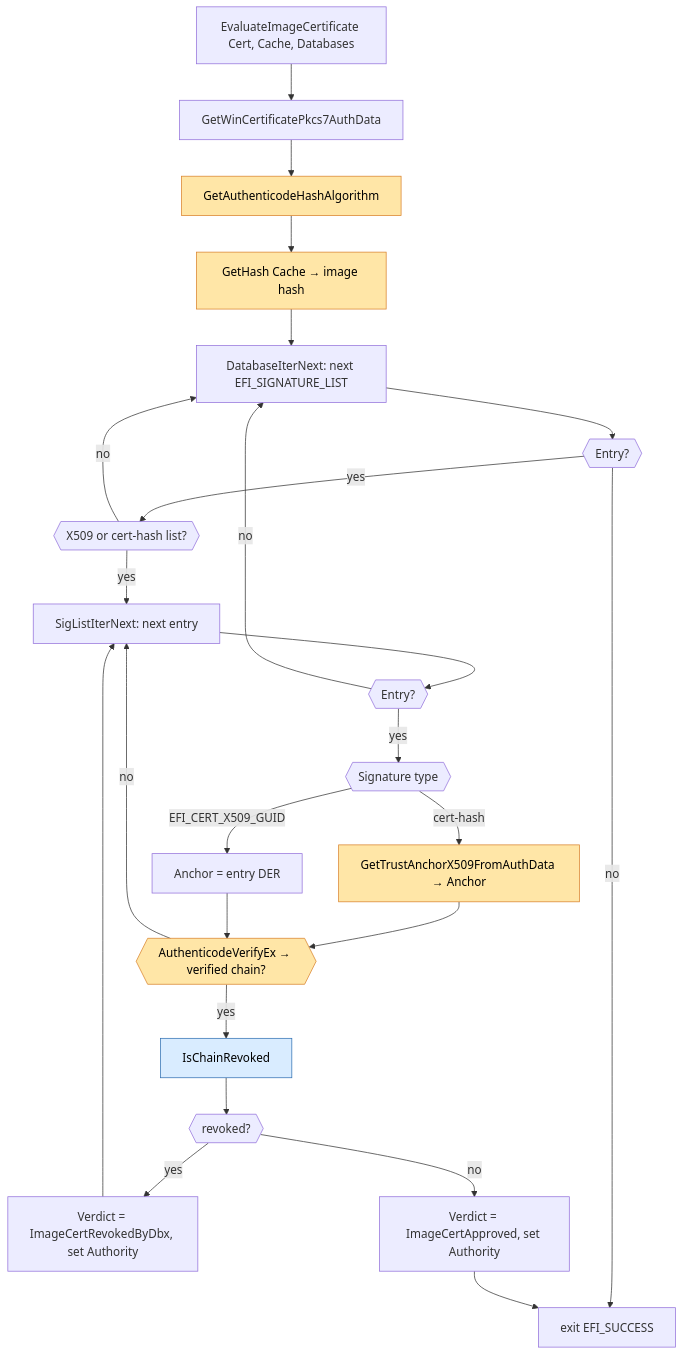
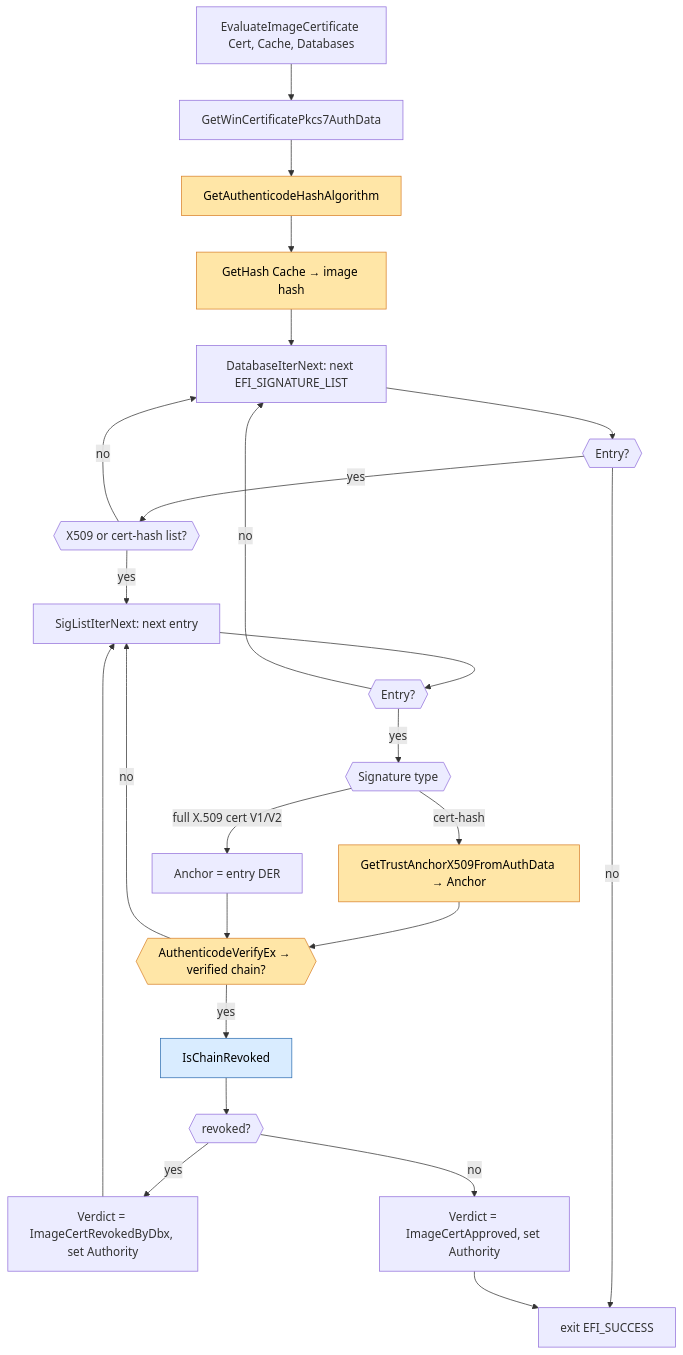
Before and after one commit to Javagedes/mu_basecore: the fourth of 5 diagrams in SecurityPkg/Library/DxeImageVerificationLib2/README.md, drawn with Mermaid. The commit also changed other lines of this file and 5 other files, not shown here.

````diff
--- a/SecurityPkg/Library/DxeImageVerificationLib2/README.md
+++ b/SecurityPkg/Library/DxeImageVerificationLib2/README.md
@@ -219,31 +228,31 @@
 ```mermaid
 flowchart TD
     A[EvaluateImageCertificate Cert, Cache, Databases] --> P[GetWinCertificatePkcs7AuthData]
     P --> HA[GetAuthenticodeHashAlgorithm]
     HA --> GH[GetHash Cache → image hash]
     GH --> DL[DatabaseIterNext: next EFI_SIGNATURE_LIST]
     DL --> DL1{{Entry?}}
     DL1 -- no --> EX[exit EFI_SUCCESS]
     DL1 -- yes --> TY{{X509 or cert-hash list?}}
     TY -- no --> DL
     TY -- yes --> EN[SigListIterNext: next entry]
     EN --> EN1{{Entry?}}
     EN1 -- no --> DL
     EN1 -- yes --> RT{{Signature type}}
-    RT -- EFI_CERT_X509_GUID --> AX[Anchor = entry DER]
+    RT -- full X.509 cert V1/V2 --> AX[Anchor = entry DER]
     RT -- cert-hash --> GX[GetTrustAnchorX509FromAuthData → Anchor]
     GX --> AV
     AX --> AV{{AuthenticodeVerifyEx → verified chain?}}
     AV -- no --> EN
     AV -- yes --> CR[IsChainRevoked]
     CR --> CR1{{revoked?}}
     CR1 -- yes --> REV[Verdict = ImageCertRevokedByDbx, set Authority]
     REV --> EN
     CR1 -- no --> APP[Verdict = ImageCertApproved, set Authority]
     APP --> EX
 
     classDef drill fill:#d9ecff,stroke:#2f6fb2,color:#000;
     class CR drill;
     classDef libclass fill:#ffe6a7,stroke:#d9822b,color:#000;
     class HA,GH,GX,AV libclass;
 ```
````
